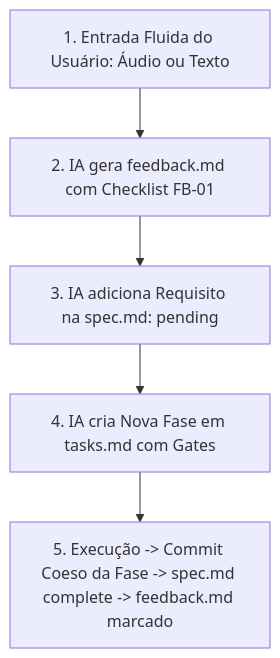
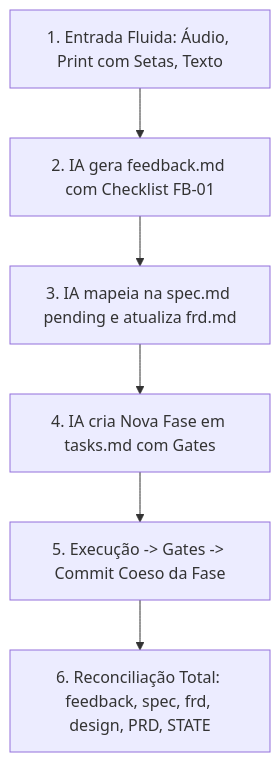
The diagram in references/uat-feedback.md (Kadu1992/k-sdd), drawn with Mermaid before and after one commit. The commit also changed other lines of this file and 2 other files, not shown here.

Commit message:
feat(k-sdd): adiciona reconciliacao total de documentos vivos (living specs) no ciclo de UAT

````diff
--- a/references/uat-feedback.md
+++ b/references/uat-feedback.md
@@ -24,7 +24,8 @@
 ```mermaid
 graph TD
-    A[1. Entrada Fluida do Usuário: Áudio ou Texto] --> B[2. IA gera feedback.md com Checklist FB-01]
-    B --> C[3. IA adiciona Requisito na spec.md: pending]
+    A[1. Entrada Fluida: Áudio, Print com Setas, Texto] --> B[2. IA gera feedback.md com Checklist FB-01]
+    B --> C[3. IA mapeia na spec.md pending e atualiza frd.md]
     C --> D[4. IA cria Nova Fase em tasks.md com Gates]
-    D --> E[5. Execução -> Commit Coeso da Fase -> spec.md complete -> feedback.md marcado]
+    D --> E[5. Execução -> Gates -> Commit Coeso da Fase]
+    E --> F[6. Reconciliação Total: feedback, spec, frd, design, PRD, STATE]
 ```
````
